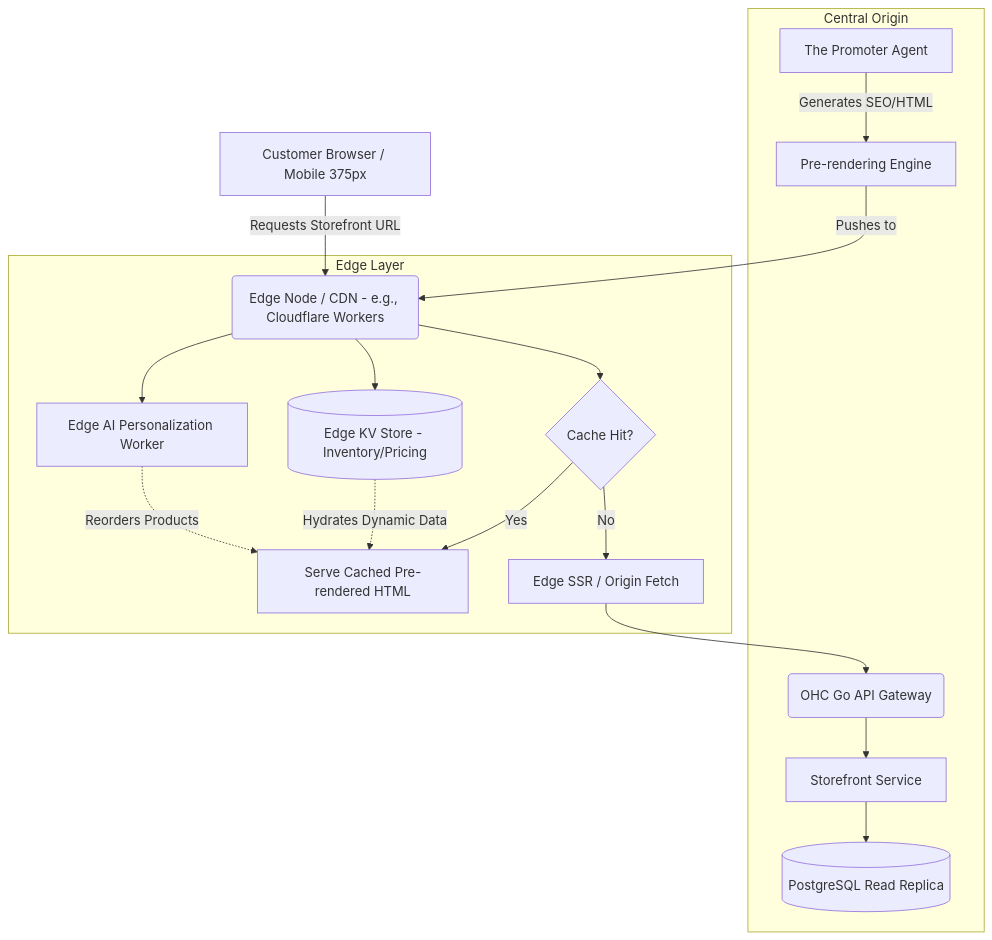
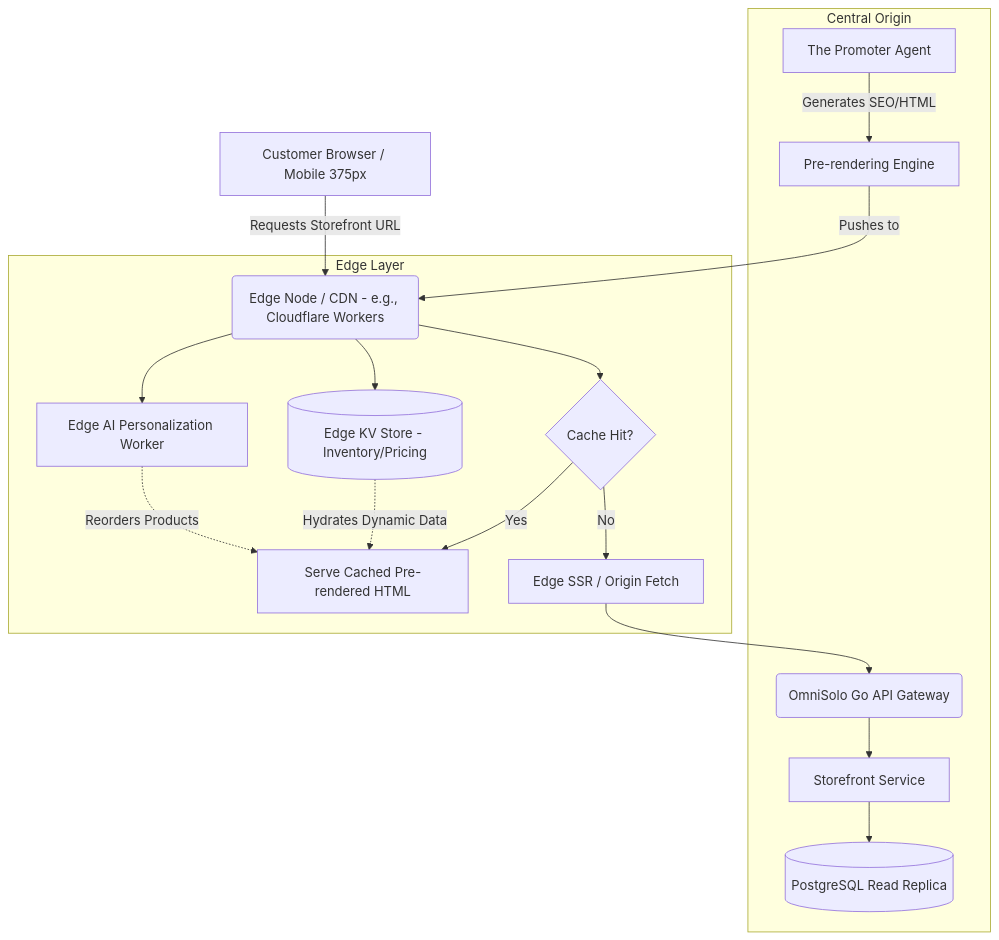
One commit to omnisolo-llc/onehumancorp changed the diagram in docs/technical/research/universal_edge_cached_dynamic_storefront_agentic_seo_pre_rendering_architecture.md. Above: the diagram before and after it, drawn with Mermaid. The commit also changed other lines of this file and 2191 other files, not shown here.

Commit message:
feat: complete OmniSolo rename and browser audit

````diff
--- a/docs/technical/research/universal_edge_cached_dynamic_storefront_agentic_seo_pre_rendering_architecture.md
+++ b/docs/technical/research/universal_edge_cached_dynamic_storefront_agentic_seo_pre_rendering_architecture.md
@@ -22,24 +22,24 @@
 ```mermaid
 graph TD
     A[Customer Browser / Mobile 375px] -->|Requests Storefront URL| B(Edge Node / CDN - e.g., Cloudflare Workers);
 
     subgraph Edge Layer
         B --> C{Cache Hit?};
         C -- Yes --> D[Serve Cached Pre-rendered HTML];
         C -- No --> E[Edge SSR / Origin Fetch];
         B --> K[(Edge KV Store - Inventory/Pricing)];
         B --> L[Edge AI Personalization Worker];
     end
 
     subgraph Central Origin
-        E --> F(OHC Go API Gateway);
+        E --> F(OmniSolo Go API Gateway);
         F --> G[Storefront Service];
         G --> H[(PostgreSQL Read Replica)];
 
         I[The Promoter Agent] -->|Generates SEO/HTML| J[Pre-rendering Engine];
         J -->|Pushes to| B;
     end
 
     K -.->|Hydrates Dynamic Data| D;
     L -.->|Reorders Products| D;
 ```
````
